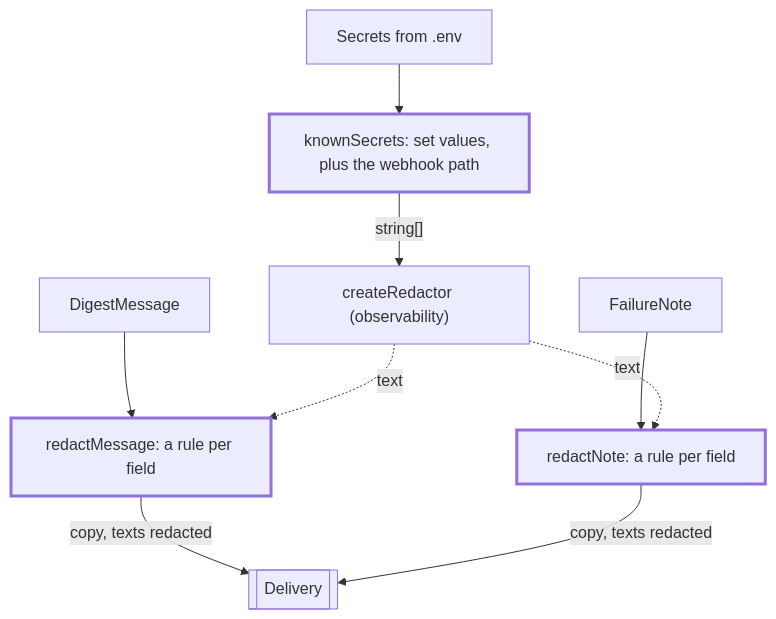
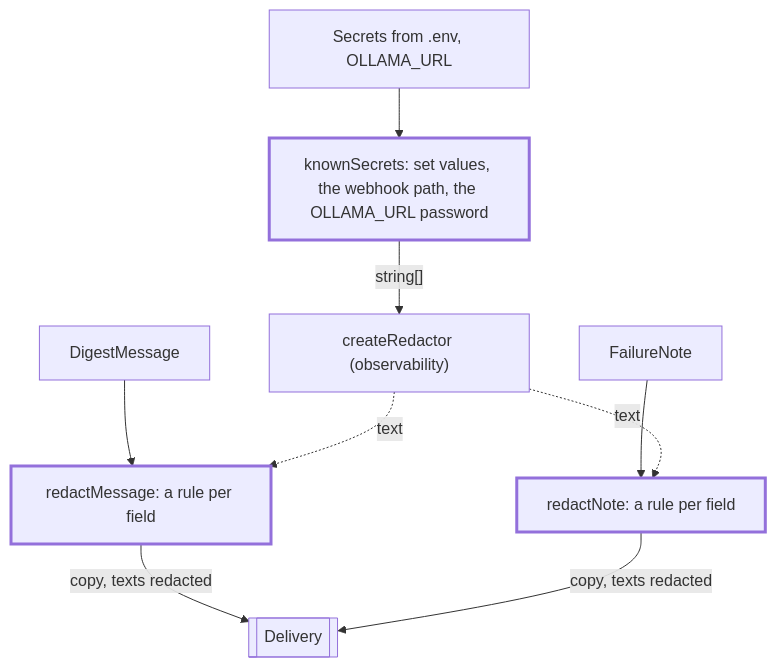
One commit to odere-pro/weekly-engineering-digest-agent changed the diagram in src/app/redaction/CLAUDE.md. Above: the diagram before and after it, drawn with Mermaid. The commit also changed other lines of this file and 52 other files, not shown here.

````diff
--- a/src/app/redaction/CLAUDE.md
+++ b/src/app/redaction/CLAUDE.md
@@ -9,11 +9,11 @@
 ```mermaid
 flowchart TD
-  secrets["Secrets from .env"] --> ks["knownSecrets: set values, plus the webhook path"]:::focus
+  secrets["Secrets from .env, OLLAMA_URL"] --> ks["knownSecrets: set values, the webhook path, the OLLAMA_URL password"]:::focus
   ks -->|"string[]"| redactor["createRedactor (observability)"]
   msg["DigestMessage"] --> rm["redactMessage: a rule per field"]:::focus
   note["FailureNote"] --> rn["redactNote: a rule per field"]:::focus
   redactor -.->|"text"| rm & rn
   rm -->|"copy, texts redacted"| channel[["Delivery"]]
   rn -->|"copy, texts redacted"| channel
   classDef focus stroke-width:3px
 ```
````
